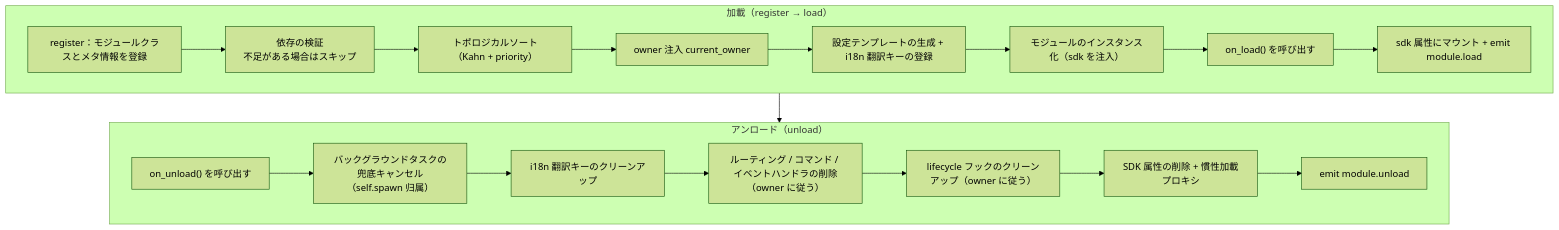
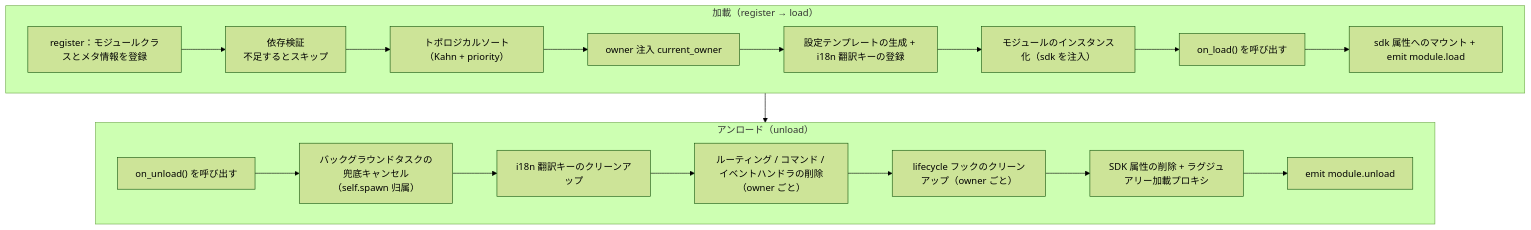
Before and after one commit to ErisPulse/ErisPulse: the diagram in docs/ja/developer-guide/modules/core-concepts.md, drawn with Mermaid (forest theme). The commit also changed other lines of this file and 299 other files, not shown here.

````diff
--- a/docs/ja/developer-guide/modules/core-concepts.md
+++ b/docs/ja/developer-guide/modules/core-concepts.md
@@ -90,23 +90,23 @@
 ```mermaid
 flowchart TD
     subgraph Load["加載（register → load）"]
-        L1["register：モジュールクラスとメタ情報を登録"] --> L2["依存の検証<br/>不足がある場合はスキップ"]
+        L1["register：モジュールクラスとメタ情報を登録"] --> L2["依存検証<br/>不足するとスキップ"]
         L2 --> L3["トポロジカルソート（Kahn + priority）"]
         L3 --> L4["owner 注入 current_owner"]
         L4 --> L5["設定テンプレートの生成 + i18n 翻訳キーの登録"]
         L5 --> L6["モジュールのインスタンス化（sdk を注入）"]
         L6 --> L7["on_load() を呼び出す"]
-        L7 --> L8["sdk 属性にマウント + emit module.load"]
+        L7 --> L8["sdk 属性へのマウント + emit module.load"]
     end
 
     subgraph Unload["アンロード（unload）"]
         U1["on_unload() を呼び出す"] --> U2["バックグラウンドタスクの兜底キャンセル（self.spawn 归属）"]
         U2 --> U3["i18n 翻訳キーのクリーンアップ"]
-        U3 --> U4["ルーティング / コマンド / イベントハンドラの削除（owner に従う）"]
-        U4 --> U5["lifecycle フックのクリーンアップ（owner に従う）"]
-        U5 --> U6["SDK 属性の削除 + 慣性加載プロキシ"]
+        U3 --> U4["ルーティング / コマンド / イベントハンドラの削除（owner ごと）"]
+        U4 --> U5["lifecycle フックのクリーンアップ（owner ごと）"]
+        U5 --> U6["SDK 属性の削除 + ラグジュアリー加載プロキシ"]
         U6 --> U7["emit module.unload"]
     end
 
     Load --> Unload
 ```
````
